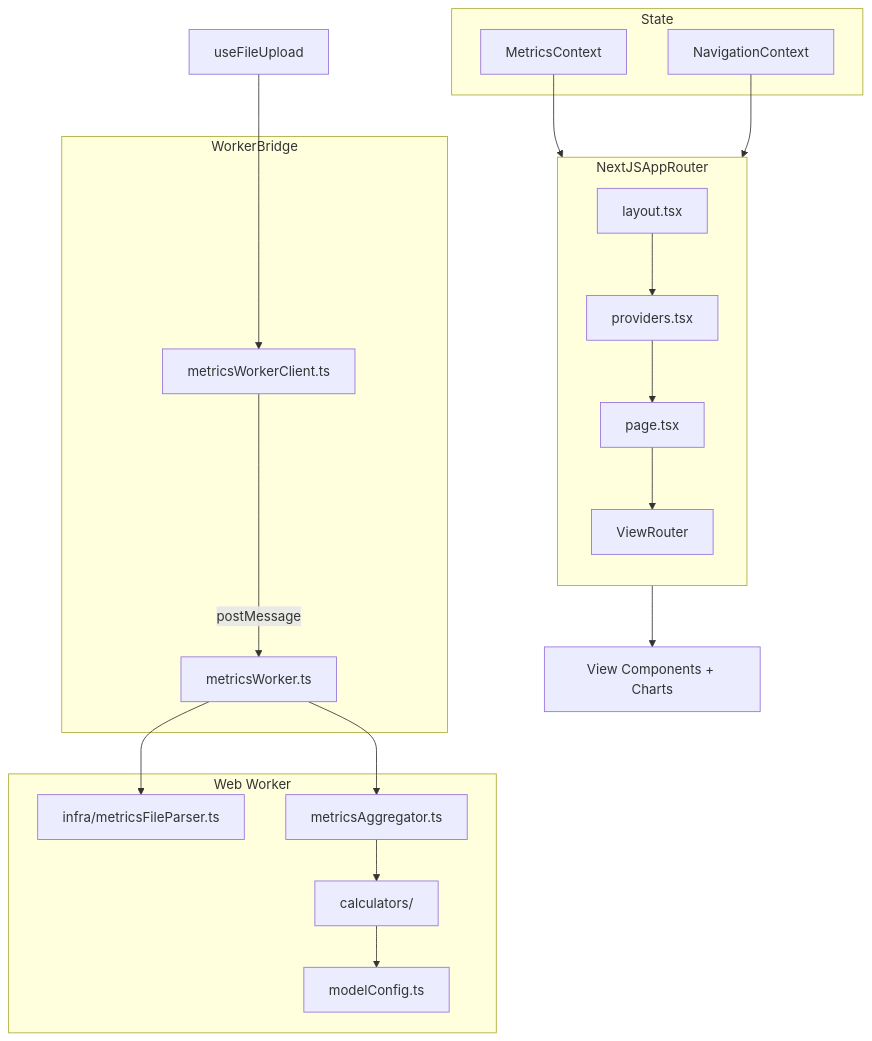
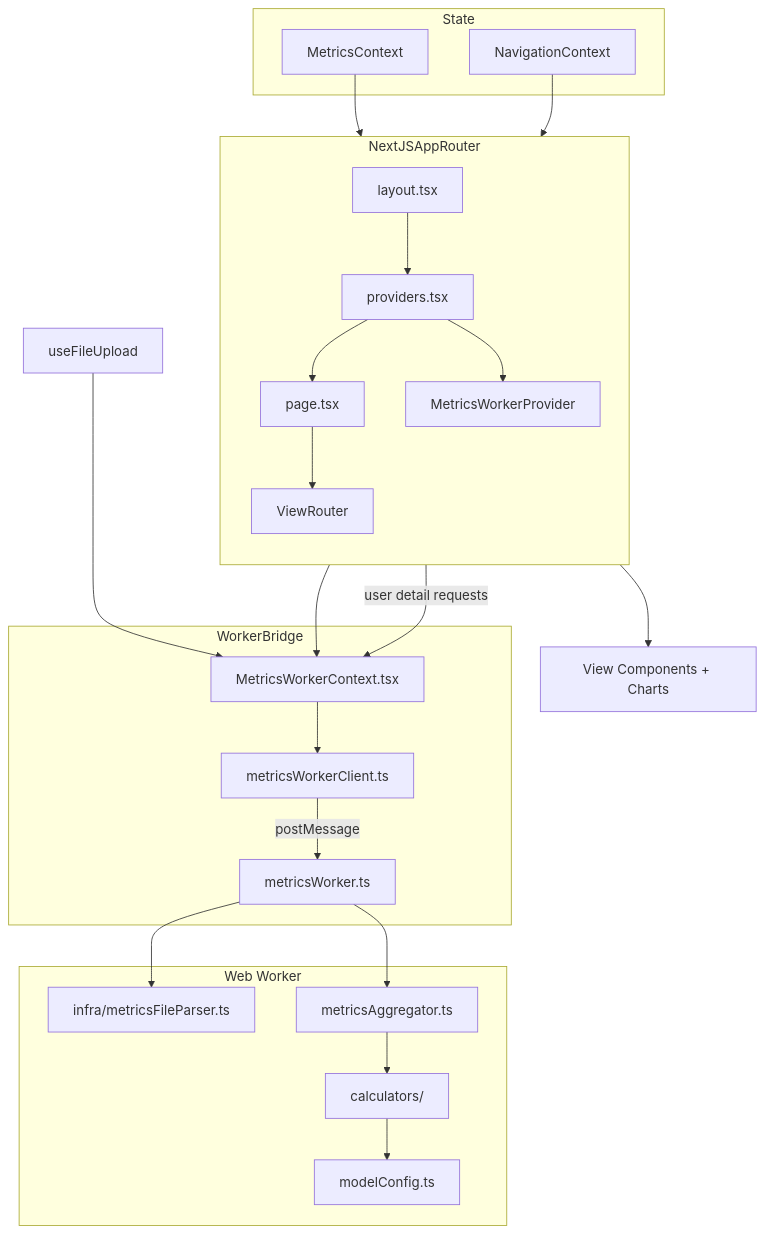
The second of 2 diagrams in docs/project-overview.md (asizikov-demos/copilot-user-level-statistics-viewer), drawn with Mermaid before and after one commit. The commit also changed other lines of this file and 8 other files, not shown here.

First line of the commit message:
refactor: clarify metrics worker ownership (#557)

````diff
--- a/docs/project-overview.md
+++ b/docs/project-overview.md
@@ -100,38 +102,43 @@
 ```mermaid
 flowchart TB
 	subgraph NextJSAppRouter
 		direction TB
 		L[layout.tsx] --> P[providers.tsx]
 		P --> H[page.tsx]
 		H --> VR[ViewRouter]
+		P --> MWP[MetricsWorkerProvider]
 	end
 
 	subgraph State
 		MC[MetricsContext]
 		NC[NavigationContext]
 	end
 
 	subgraph WebWorker[Web Worker]
 		MFP[infra/metricsFileParser.ts]
 		MA[metricsAggregator.ts]
 		CALC[calculators/]
 		MConf[modelConfig.ts]
 	end
 
 	subgraph WorkerBridge
+		MWC[MetricsWorkerContext.tsx]
 		WC[metricsWorkerClient.ts]
 		WT[metricsWorker.ts]
 	end
 
 	VR --> Views[View Components + Charts]
 
-	UFU[useFileUpload] --> WC
+	MWP --> MWC
+	MWC --> WC
+	UFU[useFileUpload] --> MWC
+	VR -->|user detail requests| MWC
 	WC -->|postMessage| WT
 	WT --> MFP
 	WT --> MA
 	MA --> CALC
 	CALC --> MConf
 
 	MC --> VR
 	NC --> VR
 ```
````
